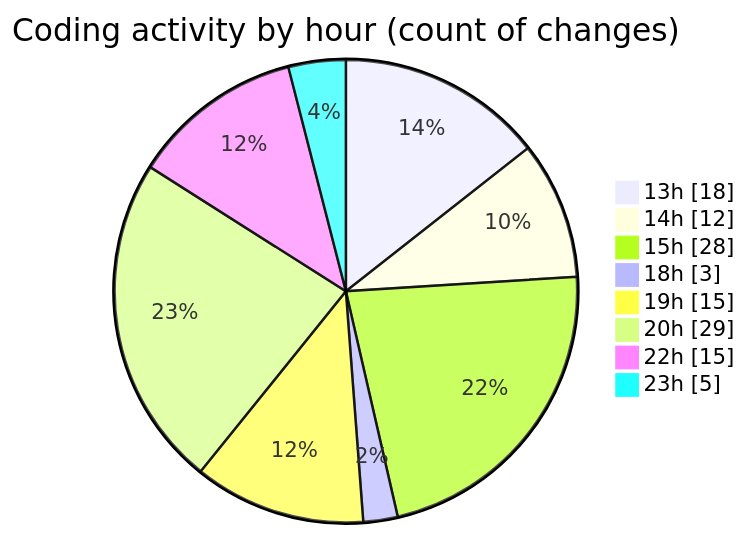
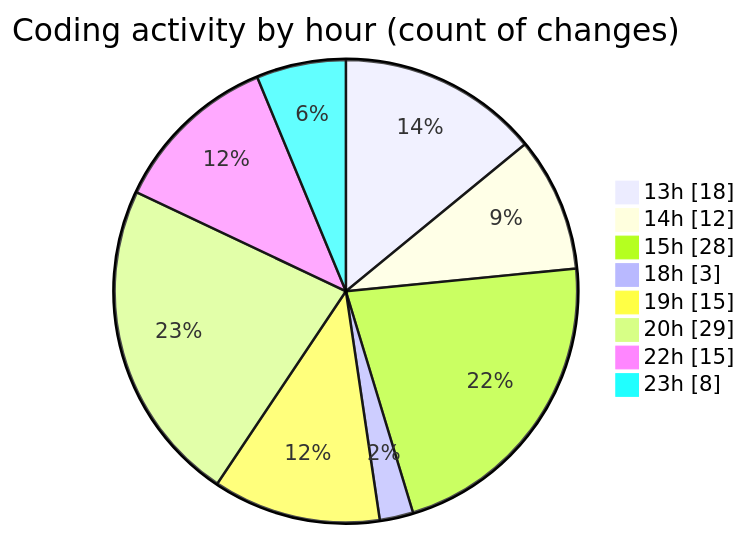
One commit to idhammustaqopulfikri/code-tracking changed the second of 2 diagrams in 2025-06-16/studio-backend/README.md. Above: the diagram before and after it, drawn with Mermaid. The commit also changed other lines of this file and 1 other file, not shown here.

````diff
--- a/2025-06-16/studio-backend/README.md
+++ b/2025-06-16/studio-backend/README.md
@@ -45,12 +45,12 @@
 ```mermaid
 pie showData
 title Coding activity by hour (count of changes)
 "13h" : 18
 "14h" : 12
 "15h" : 28
 "18h" : 3
 "19h" : 15
 "20h" : 29
 "22h" : 15
-"23h" : 5
+"23h" : 8
 ```
````
